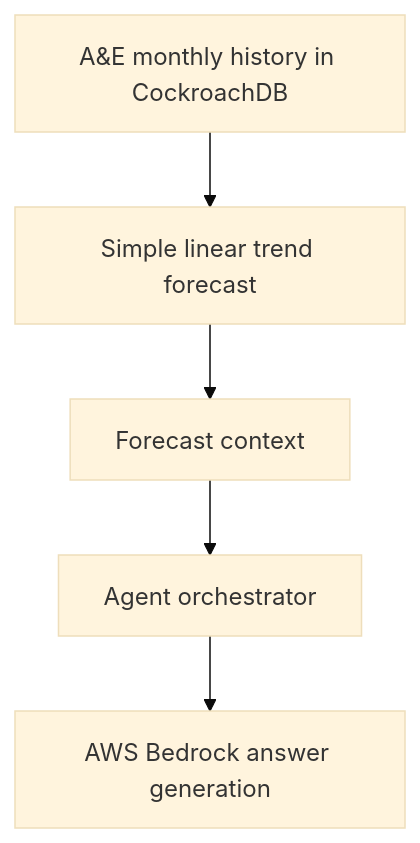
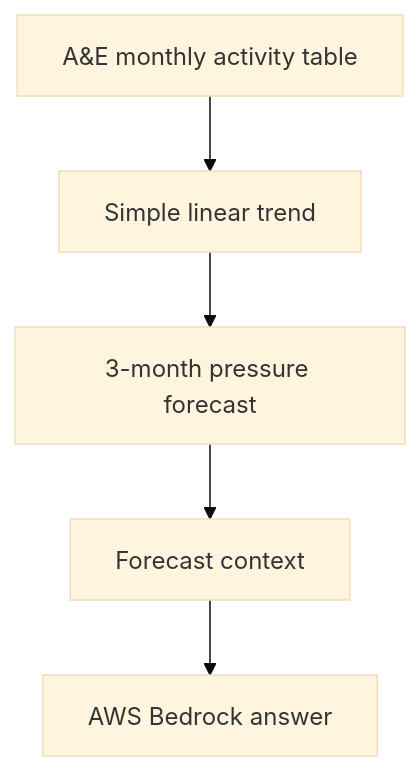
One commit to Nik-ui/nhs-healthcare-capacity-ai changed the third of 3 diagrams in nhs-healthcare-capacity-ai/docs/ARCHITECTURE.md. Above: the diagram before and after it, drawn with Mermaid (base theme). The commit also changed other lines of this file and 7 other files, not shown here.

````diff
--- a/nhs-healthcare-capacity-ai/docs/ARCHITECTURE.md
+++ b/nhs-healthcare-capacity-ai/docs/ARCHITECTURE.md
@@ -73,7 +117,7 @@
 ```mermaid
 flowchart TD
-    AEHistory[A&E monthly history in CockroachDB] --> ForecastTool[Simple linear trend forecast]
-    ForecastTool --> ForecastContext[Forecast context]
-    ForecastContext --> Orchestrator[Agent orchestrator]
-    Orchestrator --> Bedrock[AWS Bedrock answer generation]
+    AEHistory[A&E monthly activity table] --> Trend[Simple linear trend]
+    Trend --> Forecast[3-month pressure forecast]
+    Forecast --> Context[Forecast context]
+    Context --> Bedrock[AWS Bedrock answer]
 ```
````
